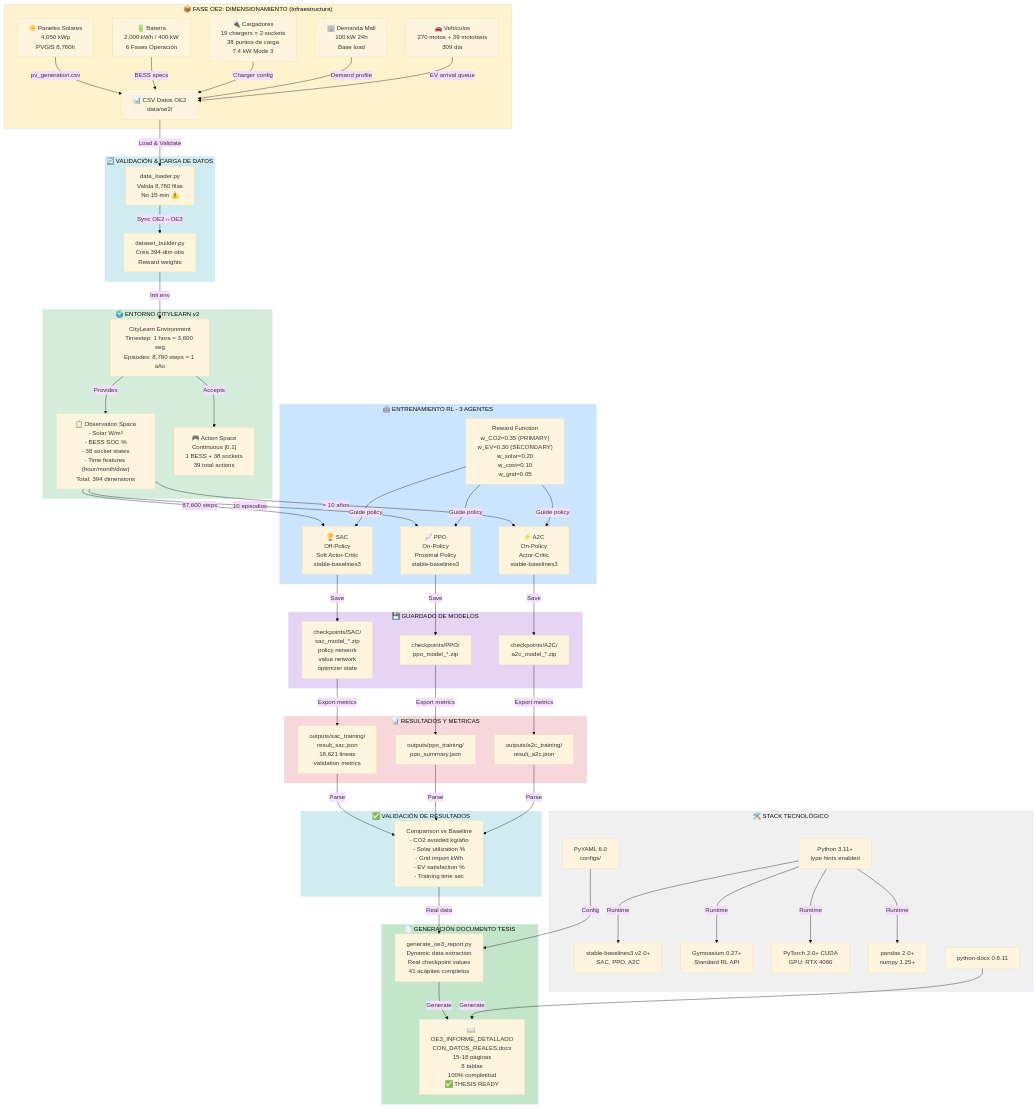
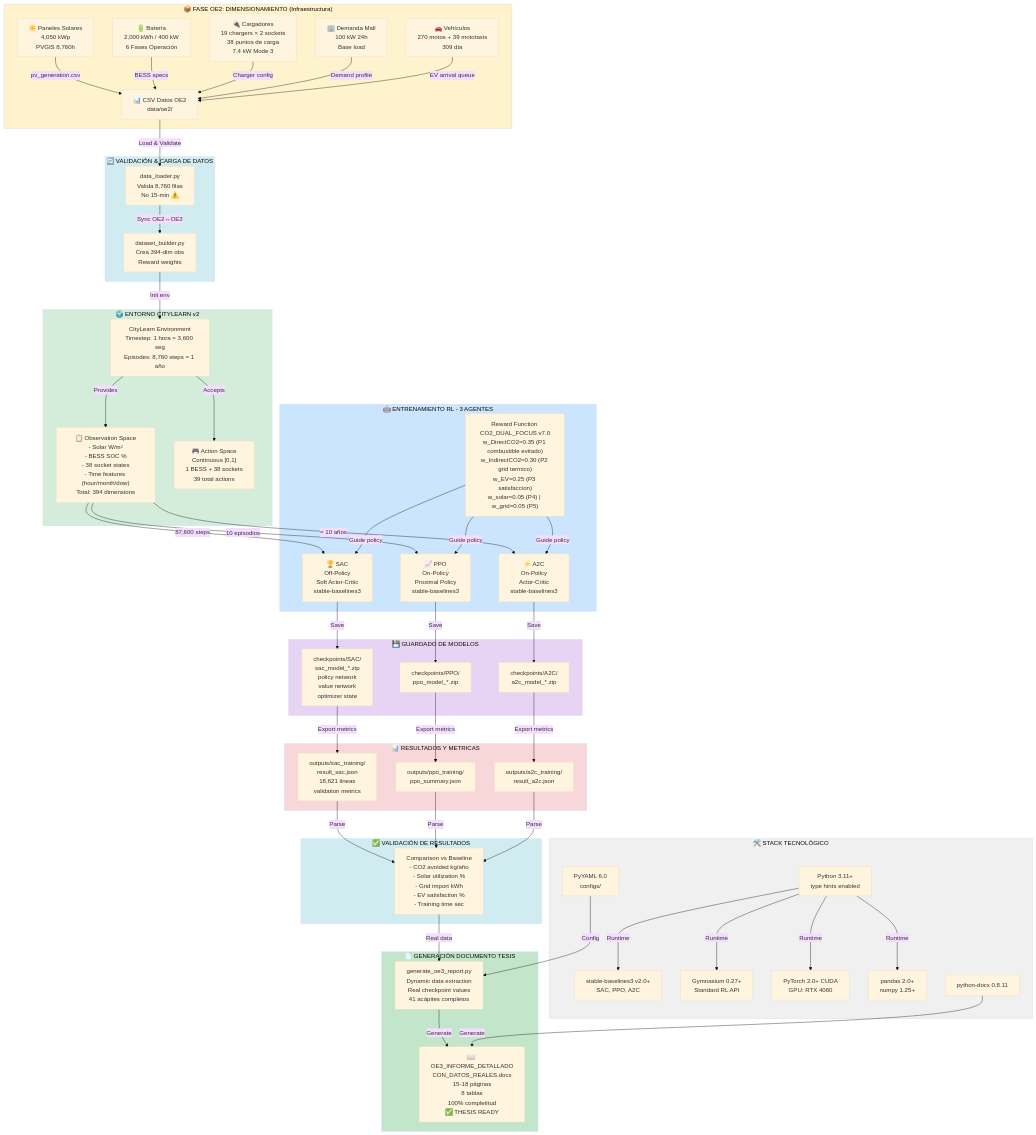
Before and after one commit to Mac-Tapia/dise-opvbesscar: the diagram in reports/OE2_OE3_PIPELINE_COMPLETO.mmd, drawn with Mermaid (base theme). The commit also changed 697 other files, not shown here.

```diff
--- a/reports/OE2_OE3_PIPELINE_COMPLETO.mmd
+++ b/reports/OE2_OE3_PIPELINE_COMPLETO.mmd
@@ -1,106 +1,106 @@
 graph TB
     subgraph OE2["📦 FASE OE2: DIMENSIONAMIENTO (Infraestructura)"]
         PV["☀️ Paneles Solares<br/>4,050 kWp<br/>PVGIS 8,760h"]
         BESS["🔋 Batería<br/>2,000 kWh / 400 kW<br/>6 Fases Operación"]
         CHG["🔌 Cargadores<br/>19 chargers × 2 sockets<br/>38 puntos de carga<br/>7.4 kW Mode 3"]
         MALL["🏢 Demanda Mall<br/>100 kW 24h<br/>Base load"]
         EV["🚗 Vehículos<br/>270 motos + 39 mototaxis<br/>309 día"]
         
         PV -->|pv_generation.csv| Data1["📊 CSV Datos OE2<br/>data/oe2/"]
         BESS -->|BESS specs| Data1
         CHG -->|Charger config| Data1
         MALL -->|Demand profile| Data1
         EV -->|EV arrival queue| Data1
     end
     
     subgraph Pipeline["🔄 VALIDACIÓN & CARGA DE DATOS"]
         Data1 -->|Load & Validate| Loader["data_loader.py<br/>Valida 8,760 filas<br/>No 15-min ⚠️"]
         Loader -->|Sync OE2↔OE3| Builder["dataset_builder.py<br/>Crea 394-dim obs<br/>Reward weights"]
     end
     
     subgraph CityLearn["🌍 ENTORNO CITYLEARN v2"]
         Env["CityLearn Environment<br/>Timestep: 1 hora = 3,600 seg<br/>Episodes: 8,760 steps = 1 año"]
         ObsSpace["📋 Observation Space<br/>- Solar W/m²<br/>- BESS SOC %<br/>- 38 socket states<br/>- Time features (hour/month/dow)<br/>Total: 394 dimensions"]
         ActSpace["🎮 Action Space<br/>Continuous [0,1]<br/>1 BESS + 38 sockets<br/>39 total actions"]
         
         Builder -->|Init env| Env
         Env -->|Provides| ObsSpace
         Env -->|Accepts| ActSpace
     end
     
     subgraph Training["🤖 ENTRENAMIENTO RL - 3 AGENTES"]
         SAC["🏆 SAC<br/>Off-Policy<br/>Soft Actor-Critic<br/>stable-baselines3"]
         PPO["📈 PPO<br/>On-Policy<br/>Proximal Policy<br/>stable-baselines3"]
         A2C["⚡ A2C<br/>On-Policy<br/>Actor-Critic<br/>stable-baselines3"]
         
-        Reward["Reward Function<br/>w_CO2=0.35 (PRIMARY)<br/>w_EV=0.30 (SECONDARY)<br/>w_solar=0.20<br/>w_cost=0.10<br/>w_grid=0.05"]
+        Reward["Reward Function CO2_DUAL_FOCUS v7.0<br/>w_DirectCO2=0.35 (P1 combustible evitado)<br/>w_IndirectCO2=0.30 (P2 grid termico)<br/>w_EV=0.25 (P3 satisfaccion)<br/>w_solar=0.05 (P4) | w_grid=0.05 (P5)"]
         
         ObsSpace -->|87,600 steps| SAC
         ObsSpace -->|10 episodios| PPO
         ObsSpace -->|= 10 años| A2C
         Reward -->|Guide policy| SAC
         Reward -->|Guide policy| PPO
         Reward -->|Guide policy| A2C
     end
     
     subgraph Checkpoints["💾 GUARDADO DE MODELOS"]
         SACC["checkpoints/SAC/<br/>sac_model_*.zip<br/>policy network<br/>value network<br/>optimizer state"]
         PPOC["checkpoints/PPO/<br/>ppo_model_*.zip"]
         A2CC["checkpoints/A2C/<br/>a2c_model_*.zip"]
         
         SAC -->|Save| SACC
         PPO -->|Save| PPOC
         A2C -->|Save| A2CC
     end
     
     subgraph Results["📊 RESULTADOS Y METRICAS"]
         SACJ["outputs/sac_training/<br/>result_sac.json<br/>18,621 lineas<br/>validation metrics"]
         PPOJ["outputs/ppo_training/<br/>ppo_summary.json"]
         A2CJ["outputs/a2c_training/<br/>result_a2c.json"]
         
         SACC -->|Export metrics| SACJ
         PPOC -->|Export metrics| PPOJ
         A2CC -->|Export metrics| A2CJ
     end
     
     subgraph Validation["✅ VALIDACIÓN DE RESULTADOS"]
         Val["Comparison vs Baseline<br/>- CO2 avoided kg/año<br/>- Solar utilization %<br/>- Grid import kWh<br/>- EV satisfaction %<br/>- Training time sec"]
         
         SACJ -->|Parse| Val
         PPOJ -->|Parse| Val
         A2CJ -->|Parse| Val
     end
     
     subgraph Thesis["📄 GENERACIÓN DOCUMENTO TESIS"]
         Report["generate_oe3_report.py<br/>Dynamic data extraction<br/>Real checkpoint values<br/>41 acápites completos"]
         
         Val -->|Real data| Report
         Report -->|Generate| DocX["📖 OE3_INFORME_DETALLADO<br/>CON_DATOS_REALES.docx<br/>15-18 páginas<br/>8 tablas<br/>100% completitud<br/>✅ THESIS READY"]
     end
     
     subgraph Tech["🛠️ STACK TECNOLÓGICO"]
         Python["Python 3.11+<br/>type hints enabled"]
         SB3["stable-baselines3 v2.0+<br/>SAC, PPO, A2C"]
         Gym["Gymnasium 0.27+<br/>Standard RL API"]
         Torch["PyTorch 2.0+ CUDA<br/>GPU: RTX 4060"]
         Data["pandas 2.0+<br/>numpy 1.25+"]
         YAML["PyYAML 6.0<br/>configs/"]
         DocX_lib["python-docx 0.8.11"]
         
         Python -->|Runtime| SB3
         Python -->|Runtime| Gym
         Python -->|Runtime| Torch
         Python -->|Runtime| Data
         YAML -->|Config| Report
         DocX_lib -->|Generate| DocX
     end
     
     style OE2 fill:#fff3cd
     style Pipeline fill:#d1ecf1
     style CityLearn fill:#d4edda
     style Training fill:#cce5ff
     style Checkpoints fill:#e7d4f5
     style Results fill:#f8d7da
     style Validation fill:#d1ecf1
     style Thesis fill:#c3e6cb
     style Tech fill:#f0f0f0
```
